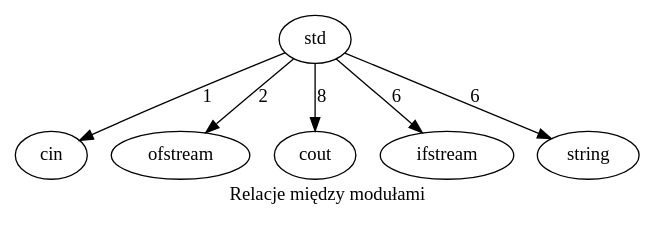
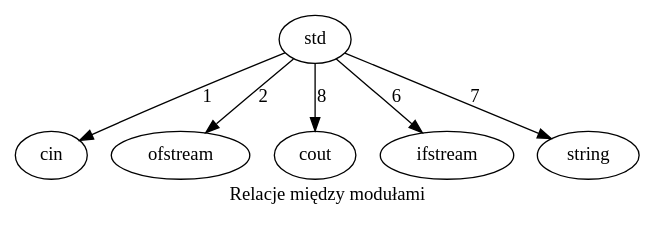
The diagram in Data.gv (Work-In-Progress-Bananna-Knife/A-La-Projet-Un-), drawn with Graphviz before and after one commit. The commit also changed 12 other files, not shown here.

```diff
--- a/Data.gv
+++ b/Data.gv
@@ -1,7 +1,7 @@
 digraph foo{
 label ="Relacje między modułami""std" -> "cin"[label =  "1"]
 "std" -> "ofstream"[label =  "2"]
 "std" -> "cout"[label =  "8"]
 "std" -> "ifstream"[label =  "6"]
-"std" -> "string"[label =  "6"]
+"std" -> "string"[label =  "7"]
 }
```
